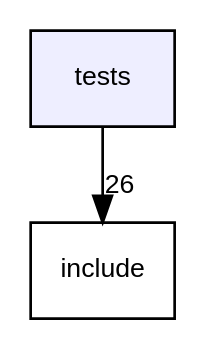
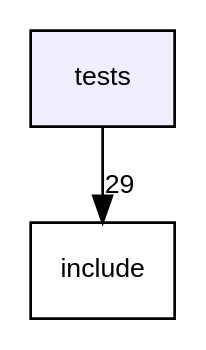
One commit to sdmg15/CDT-plusplus changed the diagram in dir_59425e443f801f1f2fd8bbe4959a3ccf_dep.dot. Above: the diagram before and after it, drawn with Graphviz. The commit also changed 186 other files, not shown here.

```diff
--- a/dir_59425e443f801f1f2fd8bbe4959a3ccf_dep.dot
+++ b/dir_59425e443f801f1f2fd8bbe4959a3ccf_dep.dot
@@ -1,8 +1,8 @@
 digraph "tests" {
   compound=true
   node [ fontsize="10", fontname="Helvetica"];
   edge [ labelfontsize="10", labelfontname="Helvetica"];
   dir_59425e443f801f1f2fd8bbe4959a3ccf [shape=box, label="tests", style="filled", fillcolor="#eeeeff", pencolor="black", URL="dir_59425e443f801f1f2fd8bbe4959a3ccf.html"];
   dir_d44c64559bbebec7f509842c48db8b23 [shape=box label="include" URL="dir_d44c64559bbebec7f509842c48db8b23.html"];
-  dir_59425e443f801f1f2fd8bbe4959a3ccf->dir_d44c64559bbebec7f509842c48db8b23 [headlabel="26", labeldistance=1.5 headhref="dir_000002_000000.html"];
+  dir_59425e443f801f1f2fd8bbe4959a3ccf->dir_d44c64559bbebec7f509842c48db8b23 [headlabel="29", labeldistance=1.5 headhref="dir_000002_000000.html"];
 }
```
